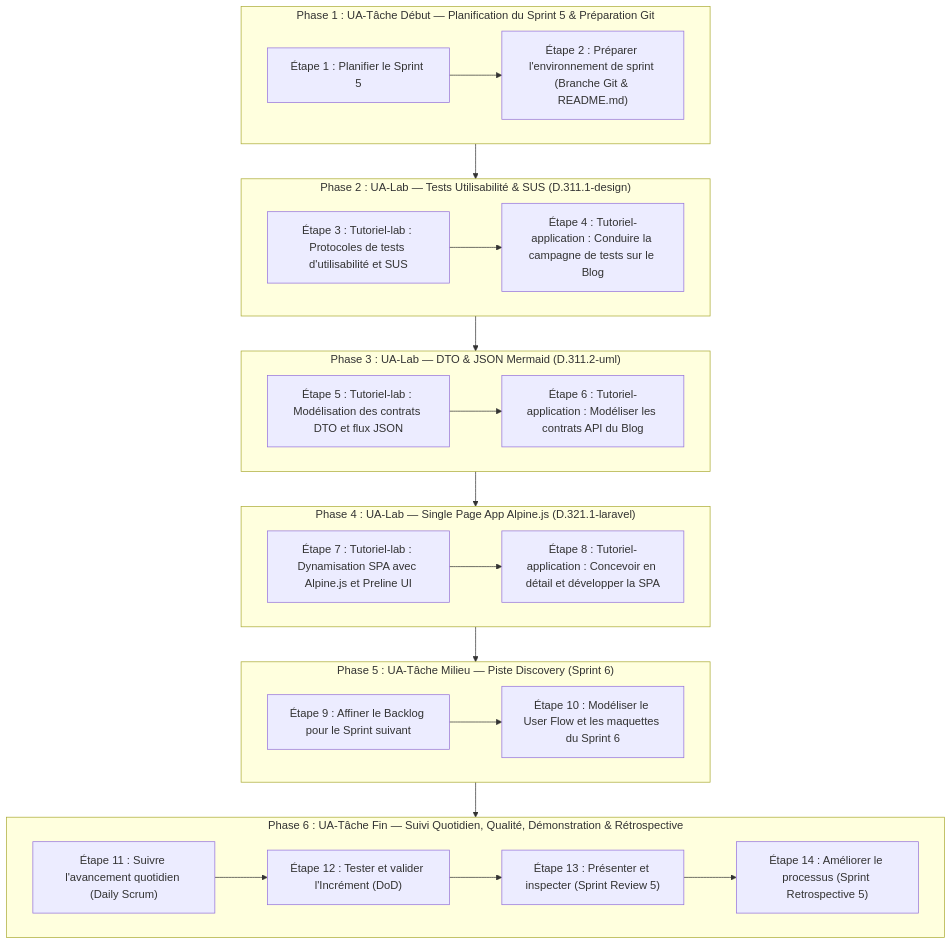
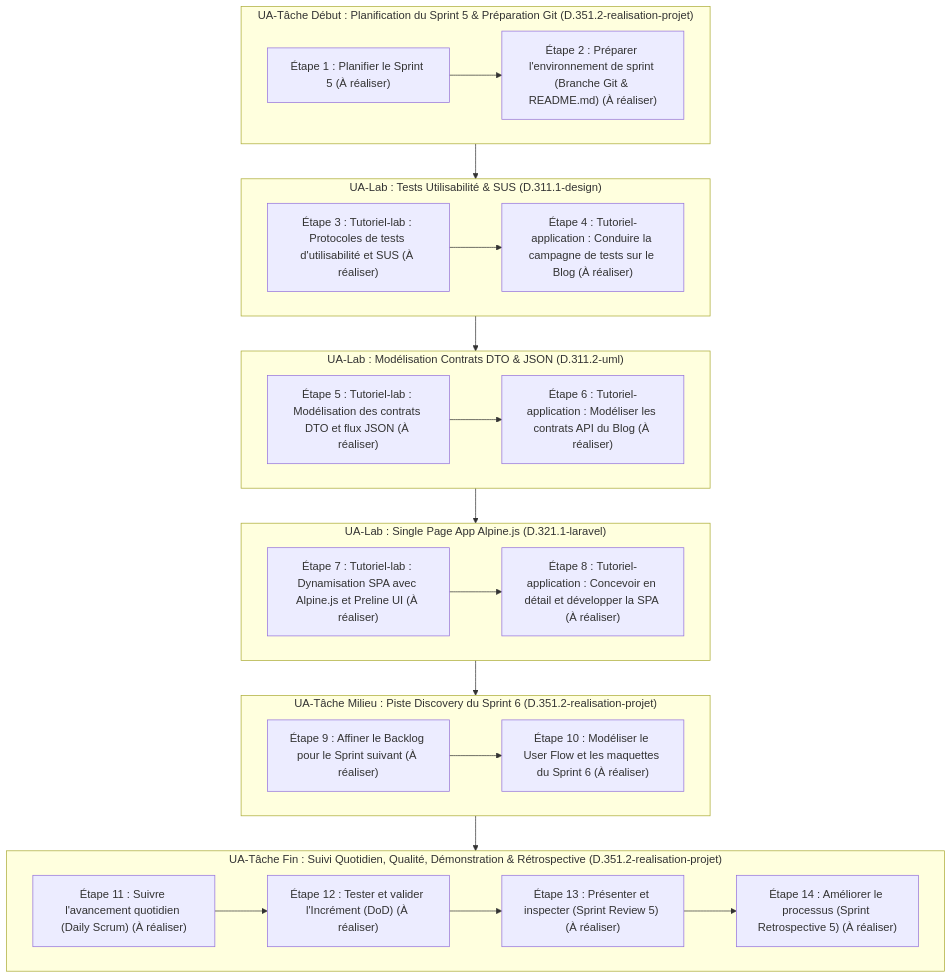
One commit to labs-web/projet-imiation-n3 changed the diagram in flux-travail/sessions/flux-travail-s5.md. Above: the diagram before and after it, drawn with Mermaid. The commit also changed other lines of this file and 8 other files, not shown here.

````diff
--- a/flux-travail/sessions/flux-travail-s5.md
+++ b/flux-travail/sessions/flux-travail-s5.md
@@ -54,42 +68,42 @@
 ```mermaid
 flowchart TD
-    subgraph P1 ["Phase 1 : UA-Tâche Début — Planification du Sprint 5 & Préparation Git"]
-        E1["Étape 1 : Planifier le Sprint 5"]
-        E2["Étape 2 : Préparer l'environnement de sprint (Branche Git & README.md)"]
+    subgraph UA1 ["UA-Tâche Début : Planification du Sprint 5 & Préparation Git (D.351.2-realisation-projet)"]
+        E1["Étape 1 : Planifier le Sprint 5 (À réaliser)"]
+        E2["Étape 2 : Préparer l'environnement de sprint (Branche Git & README.md) (À réaliser)"]
         E1 --> E2
     end
 
-    subgraph P2 ["Phase 2 : UA-Lab — Tests Utilisabilité & SUS (D.311.1-design)"]
-        E3["Étape 3 : Tutoriel-lab : Protocoles de tests d'utilisabilité et SUS"]
-        E4["Étape 4 : Tutoriel-application : Conduire la campagne de tests sur le Blog"]
+    subgraph UA2 ["UA-Lab : Tests Utilisabilité & SUS (D.311.1-design)"]
+        E3["Étape 3 : Tutoriel-lab : Protocoles de tests d'utilisabilité et SUS (À réaliser)"]
+        E4["Étape 4 : Tutoriel-application : Conduire la campagne de tests sur le Blog (À réaliser)"]
         E3 --> E4
     end
 
-    subgraph P3 ["Phase 3 : UA-Lab — DTO & JSON Mermaid (D.311.2-uml)"]
-        E5["Étape 5 : Tutoriel-lab : Modélisation des contrats DTO et flux JSON"]
-        E6["Étape 6 : Tutoriel-application : Modéliser les contrats API du Blog"]
+    subgraph UA3 ["UA-Lab : Modélisation Contrats DTO & JSON (D.311.2-uml)"]
+        E5["Étape 5 : Tutoriel-lab : Modélisation des contrats DTO et flux JSON (À réaliser)"]
+        E6["Étape 6 : Tutoriel-application : Modéliser les contrats API du Blog (À réaliser)"]
         E5 --> E6
     end
 
-    subgraph P4 ["Phase 4 : UA-Lab — Single Page App Alpine.js (D.321.1-laravel)"]
-        E7["Étape 7 : Tutoriel-lab : Dynamisation SPA avec Alpine.js et Preline UI"]
-        E8["Étape 8 : Tutoriel-application : Concevoir en détail et développer la SPA"]
+    subgraph UA4 ["UA-Lab : Single Page App Alpine.js (D.321.1-laravel)"]
+        E7["Étape 7 : Tutoriel-lab : Dynamisation SPA avec Alpine.js et Preline UI (À réaliser)"]
+        E8["Étape 8 : Tutoriel-application : Concevoir en détail et développer la SPA (À réaliser)"]
         E7 --> E8
     end
 
-    subgraph P5 ["Phase 5 : UA-Tâche Milieu — Piste Discovery (Sprint 6)"]
-        E9["Étape 9 : Affiner le Backlog pour le Sprint suivant"]
-        E10["Étape 10 : Modéliser le User Flow et les maquettes du Sprint 6"]
+    subgraph UA5 ["UA-Tâche Milieu : Piste Discovery du Sprint 6 (D.351.2-realisation-projet)"]
+        E9["Étape 9 : Affiner le Backlog pour le Sprint suivant (À réaliser)"]
+        E10["Étape 10 : Modéliser le User Flow et les maquettes du Sprint 6 (À réaliser)"]
         E9 --> E10
     end
 
-    subgraph P6 ["Phase 6 : UA-Tâche Fin — Suivi Quotidien, Qualité, Démonstration & Rétrospective"]
-        E11["Étape 11 : Suivre l'avancement quotidien (Daily Scrum)"]
-        E12["Étape 12 : Tester et valider l'Incrément (DoD)"]
-        E13["Étape 13 : Présenter et inspecter (Sprint Review 5)"]
-        E14["Étape 14 : Améliorer le processus (Sprint Retrospective 5)"]
+    subgraph UA6 ["UA-Tâche Fin : Suivi Quotidien, Qualité, Démonstration & Rétrospective (D.351.2-realisation-projet)"]
+        E11["Étape 11 : Suivre l'avancement quotidien (Daily Scrum) (À réaliser)"]
+        E12["Étape 12 : Tester et valider l'Incrément (DoD) (À réaliser)"]
+        E13["Étape 13 : Présenter et inspecter (Sprint Review 5) (À réaliser)"]
+        E14["Étape 14 : Améliorer le processus (Sprint Retrospective 5) (À réaliser)"]
         E11 --> E12 --> E13 --> E14
     end
 
-    P1 --> P2 --> P3 --> P4 --> P5 --> P6
+    UA1 --> UA2 --> UA3 --> UA4 --> UA5 --> UA6
 ```
````
